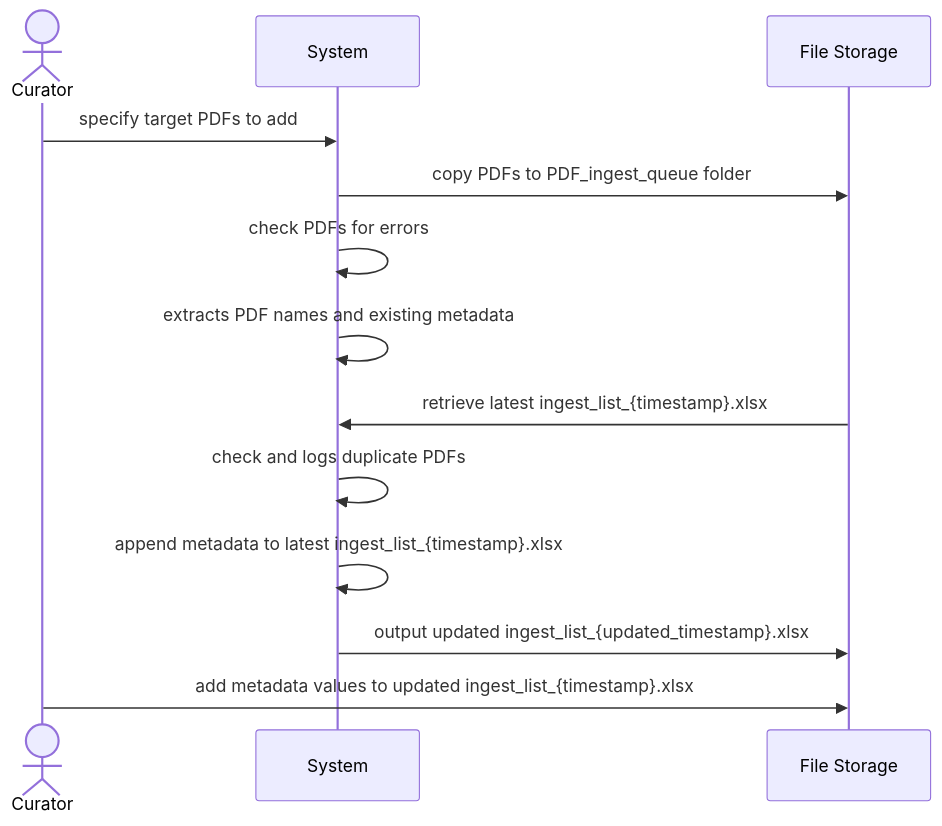
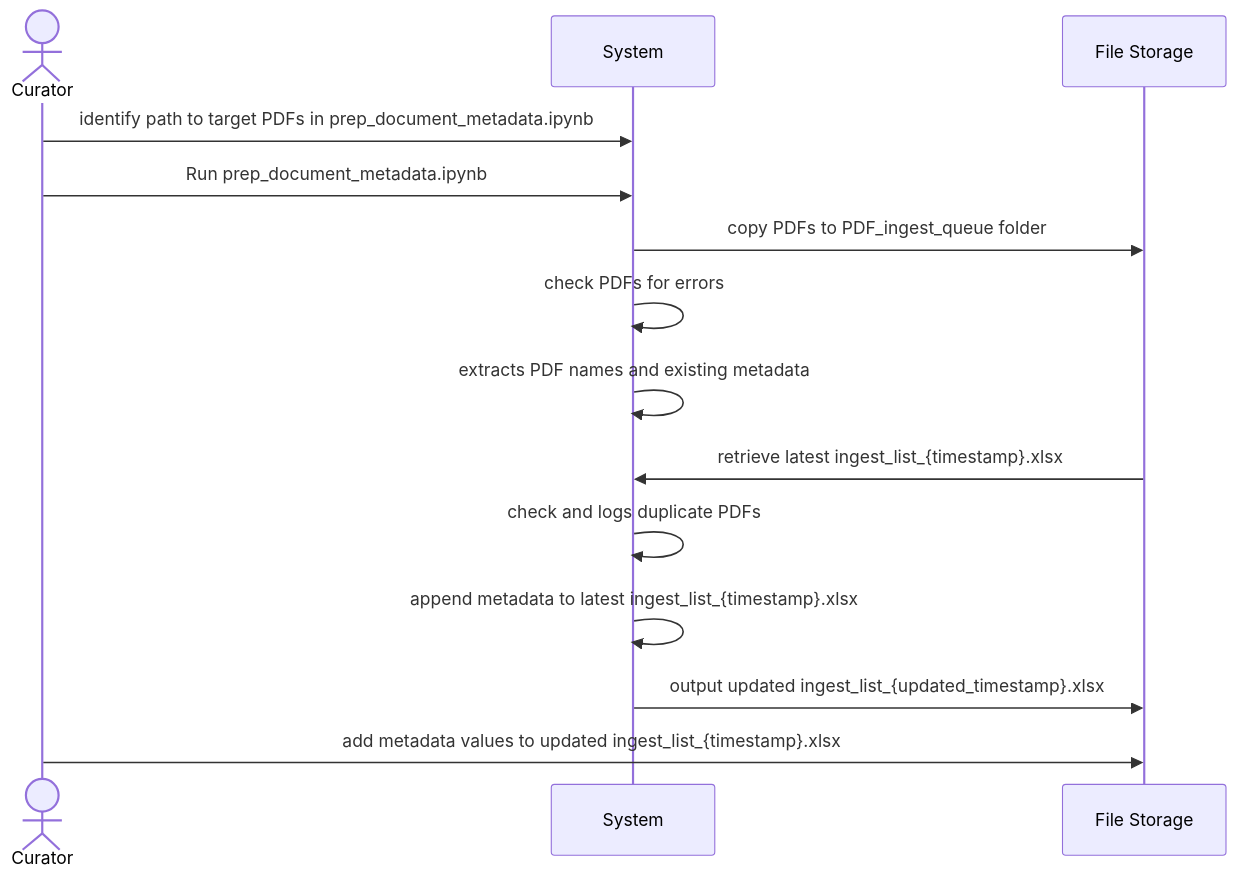
One commit to drew-wks/ASK changed the first of 2 diagrams in docs/library_admin_processes.md. Above: the diagram before and after it, drawn with Mermaid. The commit also changed other lines of this file, not shown here.

Commit message:
additions to document admin md to indicate how code is manaully triggered

````diff
--- a/docs/library_admin_processes.md
+++ b/docs/library_admin_processes.md
@@ -6,16 +6,17 @@
 ```mermaid
 sequenceDiagram
     actor Curator
     participant System
     participant File Storage
     
-    Curator->>System: specify target PDFs to add
+    Curator->>System: identify path to target PDFs in prep_document_metadata.ipynb
+    Curator->>System: Run prep_document_metadata.ipynb
     System->>File Storage: copy PDFs to PDF_ingest_queue folder
     System->>System: check PDFs for errors
     System->>System: extracts PDF names and existing metadata
     File Storage->>System: retrieve latest ingest_list_{timestamp}.xlsx
     System->>System: check and logs duplicate PDFs
     System->>System: append metadata to latest ingest_list_{timestamp}.xlsx
     System->>File Storage: output updated ingest_list_{updated_timestamp}.xlsx
     Curator->>File Storage: add metadata values to updated ingest_list_{timestamp}.xlsx
 ```
````
